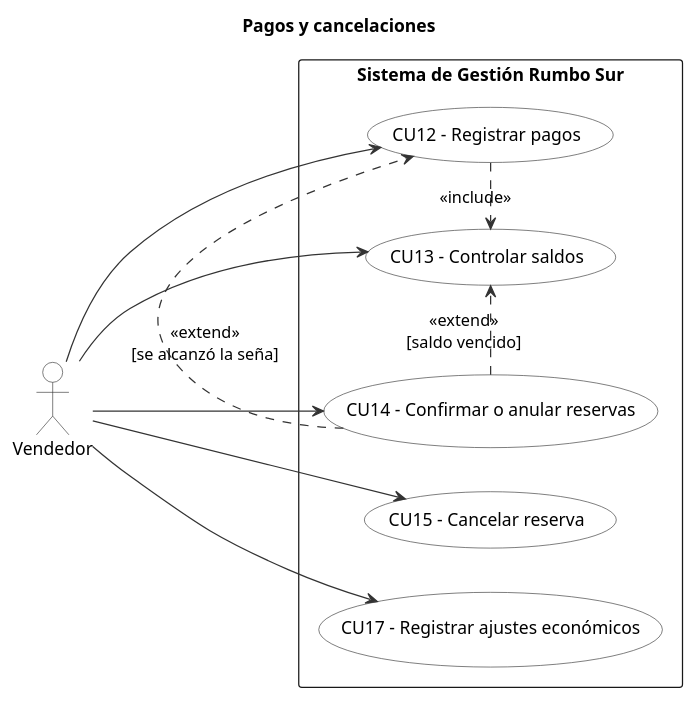
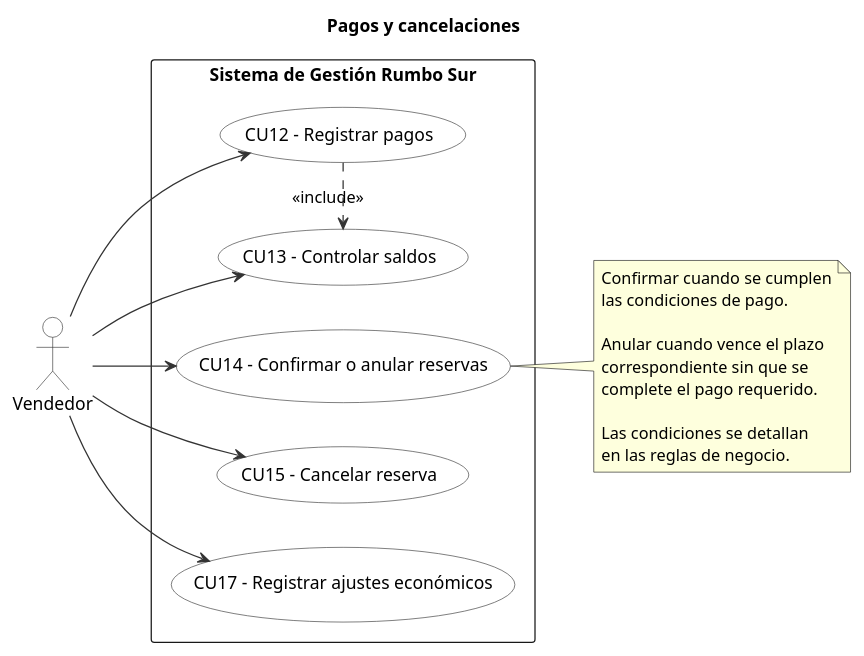
Before and after one commit to CarlosDanielOK/Avion: the diagram in docs/uml/casos-uso-pagos.puml, drawn with PlantUML. The commit also changed other lines of this file, not shown here.

Commit message:
fix: alinear pagos y cancelaciones con reglas de negocio

```diff
--- a/docs/uml/casos-uso-pagos.puml
+++ b/docs/uml/casos-uso-pagos.puml
@@ -1,31 +2,50 @@
 @startuml casos-uso-pagos
 title Pagos y cancelaciones
+
 skinparam shadowing false
 skinparam backgroundColor White
+
 skinparam usecase {
   BackgroundColor White
   BorderColor #333333
   ArrowColor #333333
 }
+
 skinparam actor {
   BackgroundColor White
   BorderColor #333333
 }
+
 left to right direction
+
 actor "Vendedor" as VEN
+
 rectangle "Sistema de Gestión Rumbo Sur" {
   usecase "CU12 - Registrar pagos" as CU12
   usecase "CU13 - Controlar saldos" as CU13
   usecase "CU14 - Confirmar o anular reservas" as CU14
   usecase "CU15 - Cancelar reserva" as CU15
   usecase "CU17 - Registrar ajustes económicos" as CU17
 }
+
 VEN --> CU12
 VEN --> CU13
 VEN --> CU14
 VEN --> CU15
 VEN --> CU17
+
 CU12 .> CU13 : <<include>>
-CU14 .> CU12 : <<extend>>\n[se alcanzó la seña]
-CU14 .> CU13 : <<extend>>\n[saldo vencido]
+
+note right of CU14
+  Confirmar cuando se cumplen
+  las condiciones de pago.
+
+  Anular cuando vence el plazo
+  correspondiente sin que se
+  complete el pago requerido.
+
+  Las condiciones se detallan
+  en las reglas de negocio.
+end note
+
 @enduml
```
